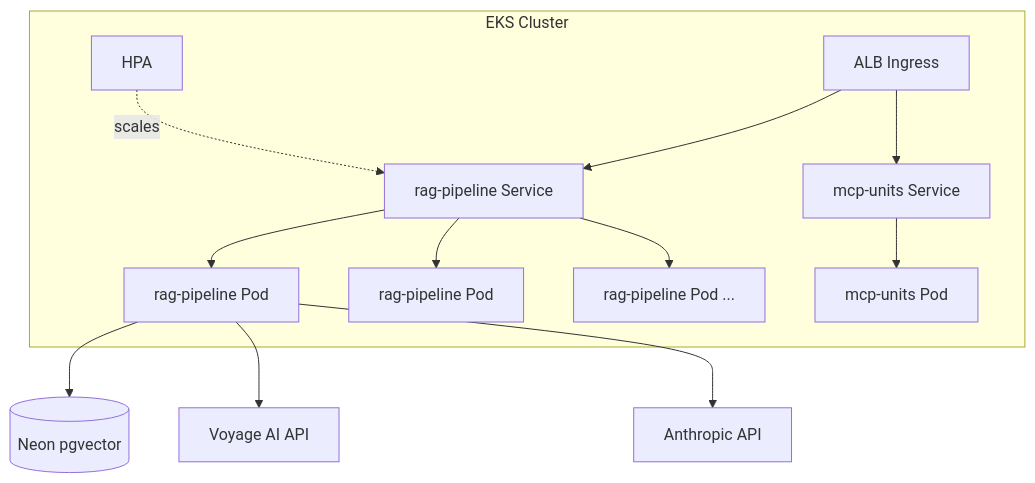
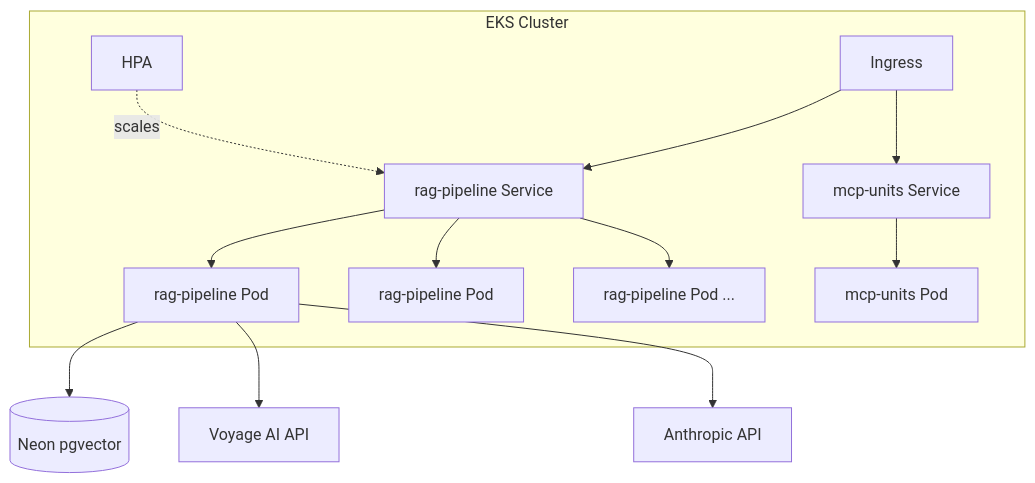
One commit to quantumleeps/k8s-deploy changed the diagram in README.md. Above: the diagram before and after it, drawn with Mermaid. The commit also changed other lines of this file, not shown here.

````diff
--- a/README.md
+++ b/README.md
@@ -16,16 +16,16 @@
 ```mermaid
 graph TB
     subgraph EKS Cluster
-        ingress[ALB Ingress] --> rag_svc[rag-pipeline Service]
+        ingress[Ingress] --> rag_svc[rag-pipeline Service]
         ingress --> mcp_svc[mcp-units Service]
         rag_svc --> rag1[rag-pipeline Pod]
         rag_svc --> rag2[rag-pipeline Pod]
         rag_svc --> ragN[rag-pipeline Pod ...]
         mcp_svc --> mcp1[mcp-units Pod]
         hpa[HPA] -.->|scales| rag_svc
     end
 
     rag1 --> neon[(Neon pgvector)]
     rag1 --> voyage[Voyage AI API]
     rag1 --> anthropic[Anthropic API]
 ```
````
